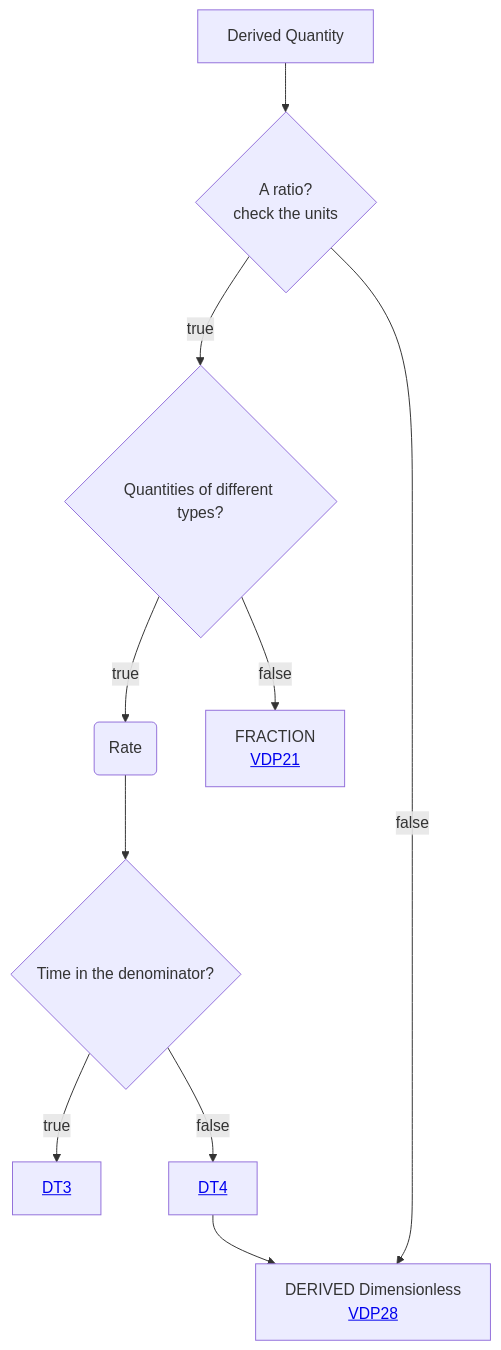
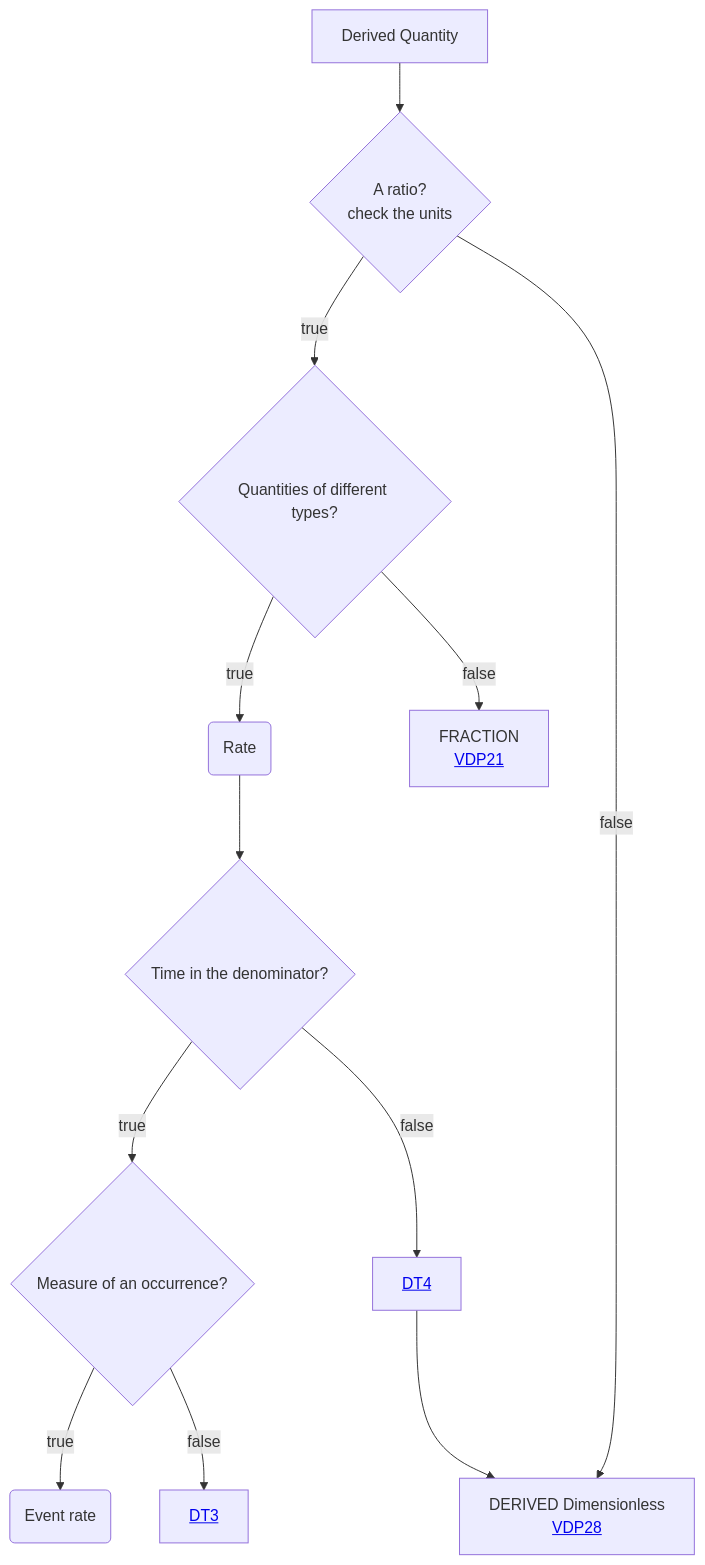
The diagram in Decisition_trees/DT2.mmd (mabablue/I-ADOPT-patterns-playground), drawn with Mermaid before and after one commit.

```diff
--- a/Decisition_trees/DT2.mmd
+++ b/Decisition_trees/DT2.mmd
@@ -1,10 +1,12 @@
 flowchart TD
     A[Derived Quantity] --> B{A ratio?<br>check the units}
     B --> |true|C{Quantities of different types?} 
     B --> |false|I[DERIVED Dimensionless <br> <a href='https://github.com/mabablue/I-ADOPT-patterns-playground/blob/main/pattern/VDP28.yaml'>VDP28</a>]
     C --> |true|MN(Rate) 
     MN --> N{Time in the denominator?}
     C --> |false|D[FRACTION <br> <a href='https://github.com/mabablue/I-ADOPT-patterns-playground/blob/main/pattern/VDP21.yaml'>VDP21</a>]
-    N --> |true|E[<a href='https://github.com/mabablue/I-ADOPT-patterns-playground/blob/main/Decisition_trees/DT3.mmd'>DT3</a>]
-    N --> |false|O[<a href='https://github.com/mabablue/I-ADOPT-patterns-playground/blob/main/Decisition_trees/DT3.mmd'>DT4</a>]
+    N --> |true|E{Measure of an occurrence?}
+    N --> |false|O[<a href='https://github.com/mabablue/I-ADOPT-patterns-playground/blob/main/Decisition_trees/DT4.mmd'>DT4</a>]
     O --> I
+    E --> |true|L(Event rate)
+    E --> |false|K[<a href='https://github.com/mabablue/I-ADOPT-patterns-playground/blob/main/Decisition_trees/DT3.mmd'>DT3</a>]
```
